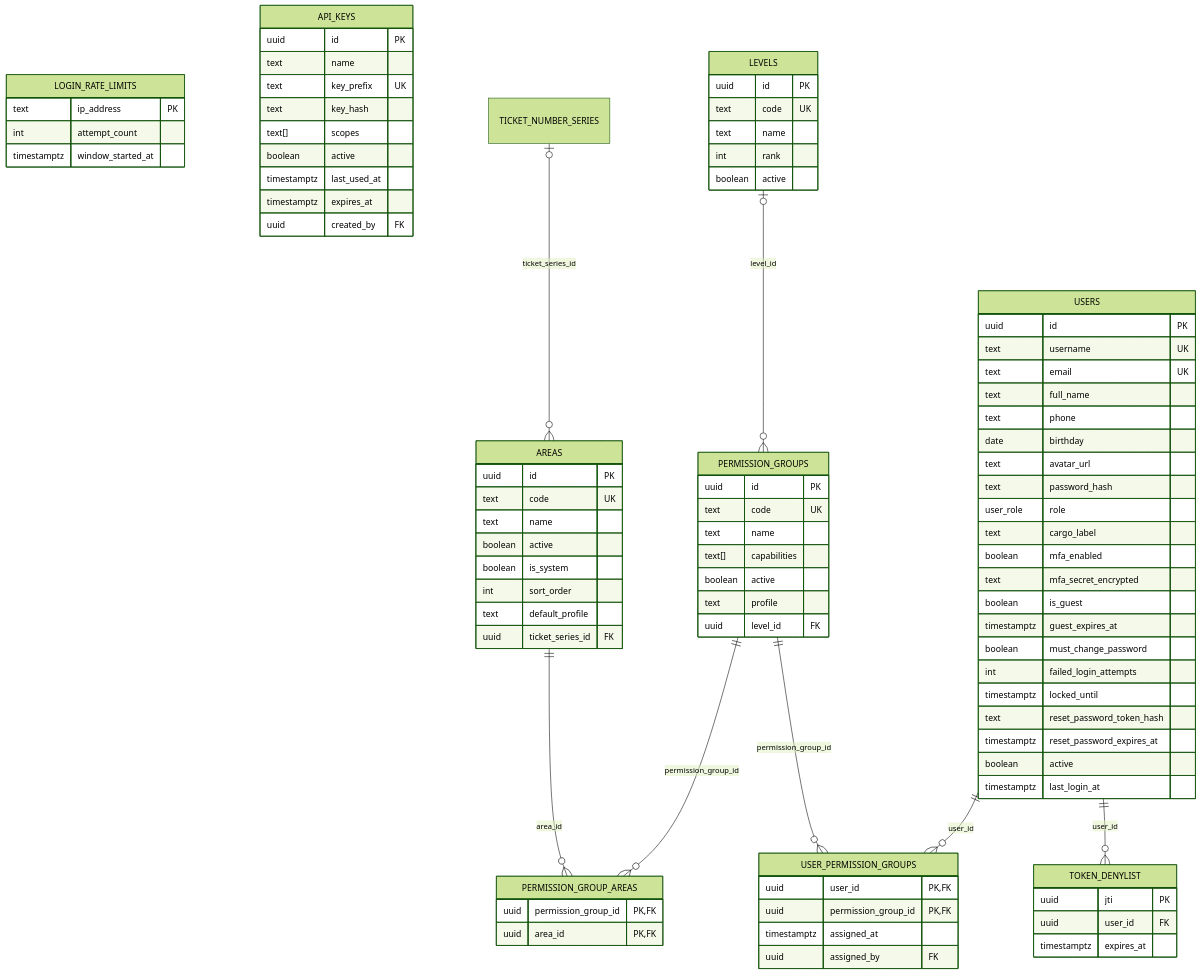
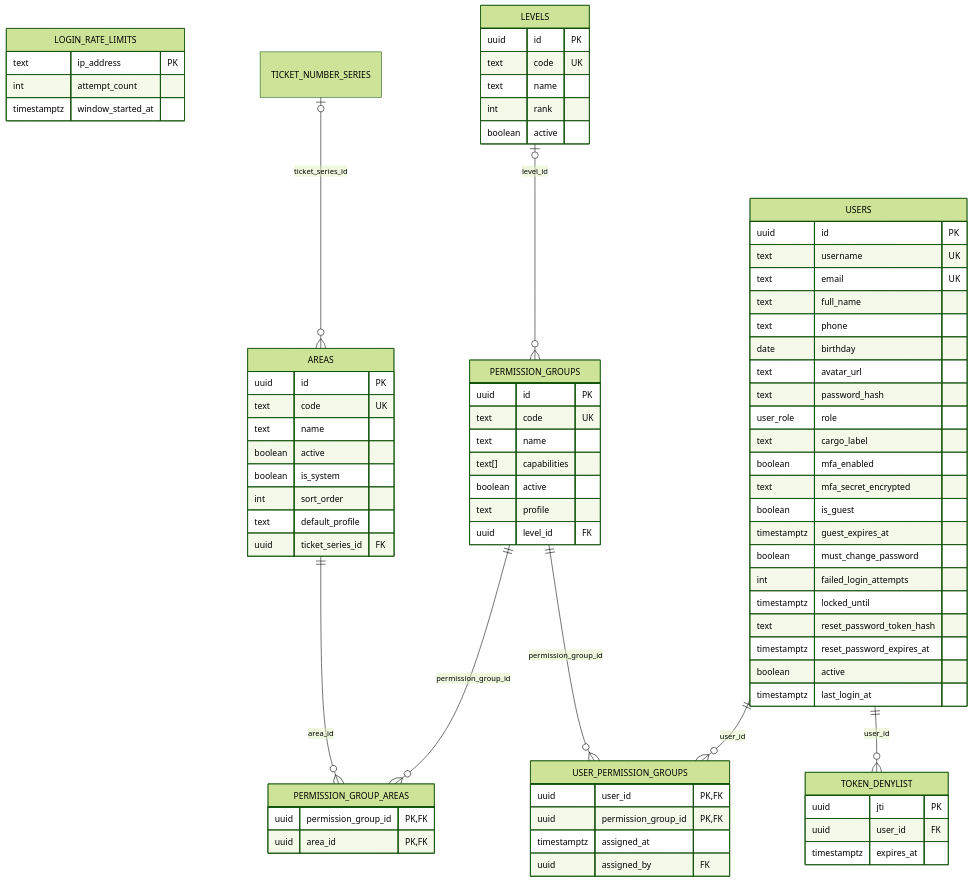
One commit to athomo001/BitacoraSOC changed the first of 17 diagrams in docs/modelo-de-datos.md. Above: the diagram before and after it, drawn with Mermaid (forest theme). The commit also changed other lines of this file and 58 other files, not shown here.

```diff
--- a/docs/modelo-de-datos.md
+++ b/docs/modelo-de-datos.md
@@ -70,17 +71,6 @@
         uuid jti PK
         uuid user_id FK
         timestamptz expires_at
-    }
-    API_KEYS {
-        uuid id PK
-        text name
-        text key_prefix UK
-        text key_hash
-        text[] scopes
-        boolean active
-        timestamptz last_used_at
-        timestamptz expires_at
-        uuid created_by FK
     }
     PERMISSION_GROUPS {
         uuid id PK
```
